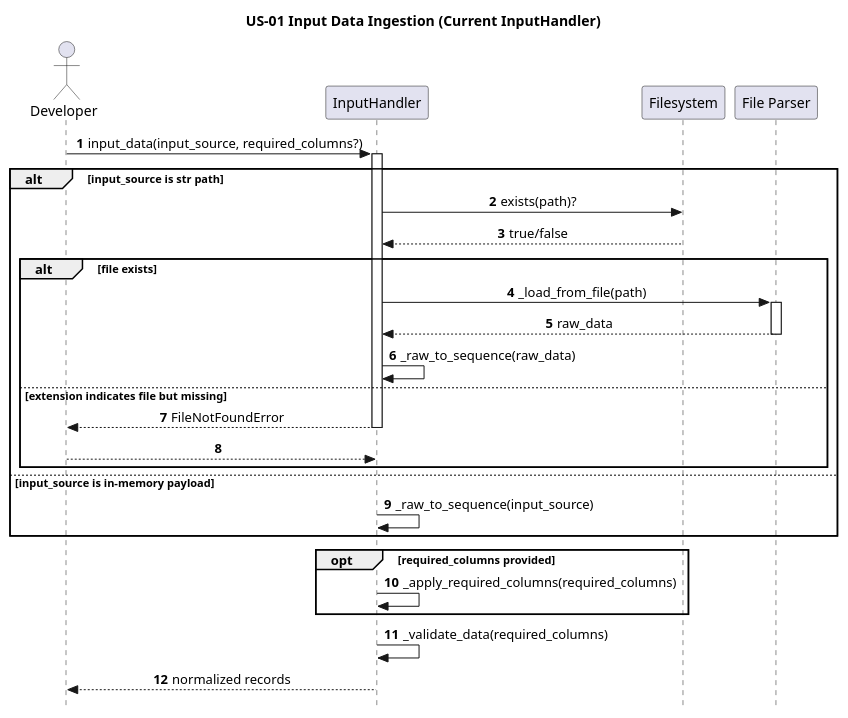
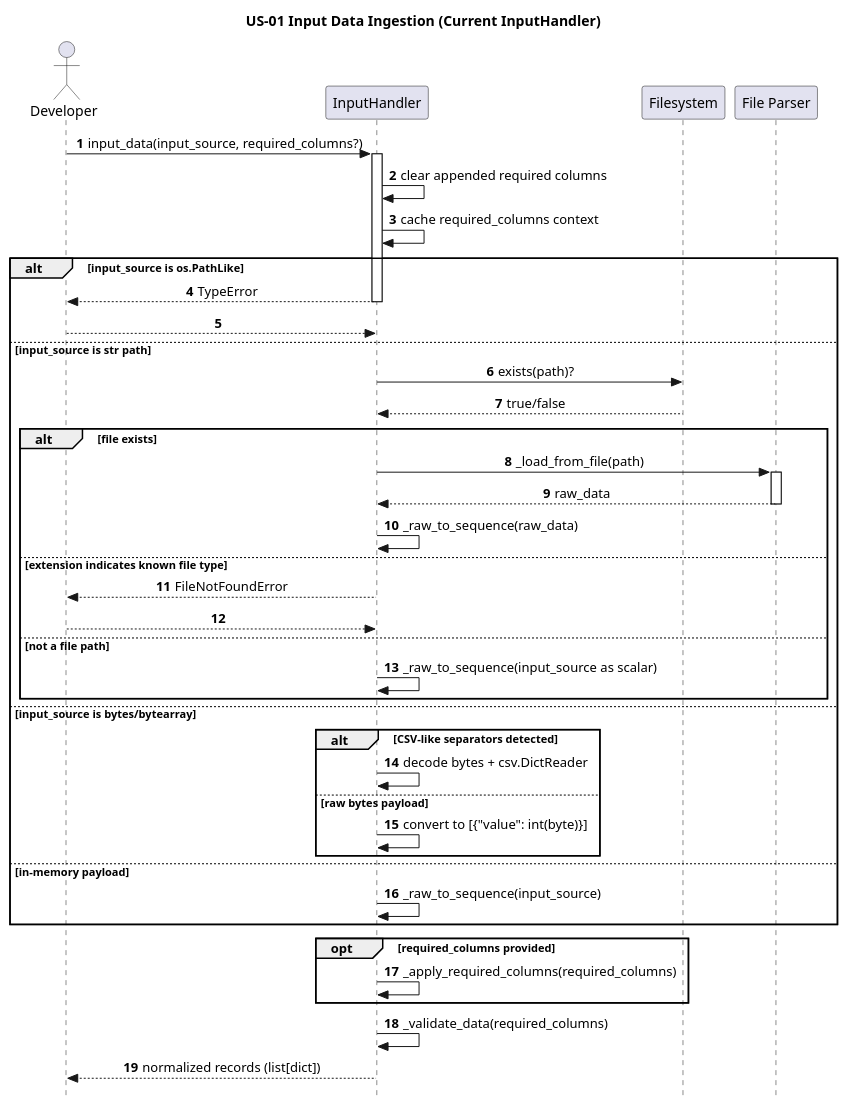
One commit to egrembocki/htmrl changed the diagram in docs/puml/US/us-01.puml. Above: the diagram before and after it, drawn with PlantUML. The commit also changed 3 other files, not shown here.

Commit message:
Update US PUML flows for InputHandler and FFT changes

```diff
--- a/docs/puml/US/us-01.puml
+++ b/docs/puml/US/us-01.puml
@@ -1,44 +1,58 @@
 @startuml
 skinparam style strictuml
 skinparam sequenceMessageAlign center
 skinparam responseMessageBelowArrow true
 autonumber
 
 title US-01 Input Data Ingestion (Current InputHandler)
 
 actor Developer
 participant "InputHandler" as IH
 participant "Filesystem" as FS
 participant "File Parser" as Parser
 
 Developer -> IH: input_data(input_source, required_columns?)
 activate IH
+IH -> IH: clear appended required columns
+IH -> IH: cache required_columns context
 
-alt input_source is str path
+alt input_source is os.PathLike
+  IH --> Developer: TypeError
+  deactivate IH
+  return
+else input_source is str path
   IH -> FS: exists(path)?
   FS --> IH: true/false
 
   alt file exists
     IH -> Parser: _load_from_file(path)
     activate Parser
     Parser --> IH: raw_data
     deactivate Parser
     IH -> IH: _raw_to_sequence(raw_data)
-  else extension indicates file but missing
+  else extension indicates known file type
     IH --> Developer: FileNotFoundError
     deactivate IH
     return
+  else not a file path
+    IH -> IH: _raw_to_sequence(input_source as scalar)
   end
-else input_source is in-memory payload
+else input_source is bytes/bytearray
+  alt CSV-like separators detected
+    IH -> IH: decode bytes + csv.DictReader
+  else raw bytes payload
+    IH -> IH: convert to [{"value": int(byte)}]
+  end
+else in-memory payload
   IH -> IH: _raw_to_sequence(input_source)
 end
 
 opt required_columns provided
   IH -> IH: _apply_required_columns(required_columns)
 end
 
 IH -> IH: _validate_data(required_columns)
-IH --> Developer: normalized records
+IH --> Developer: normalized records (list[dict])
 
 deactivate IH
 @enduml
```
